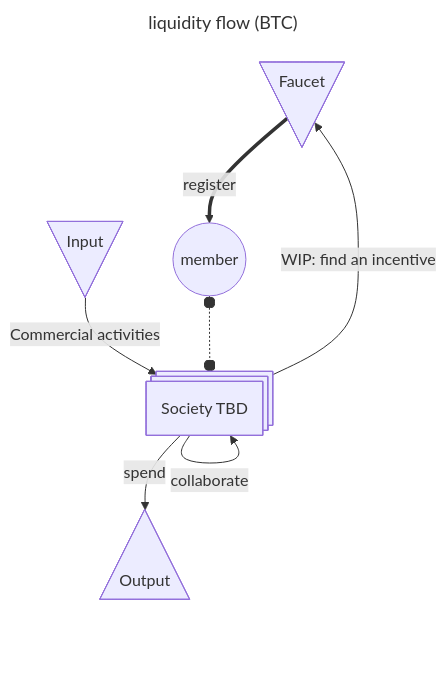
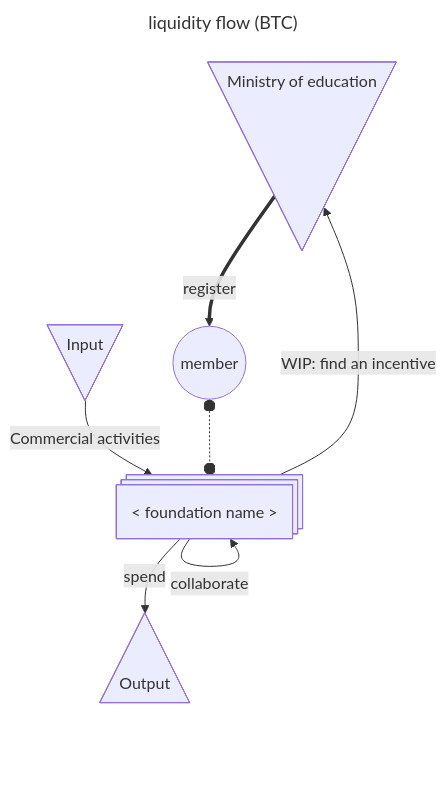
The diagram in README.md (cromatikap/coin-society), drawn with Mermaid before and after one commit. The commit also changed other lines of this file, not shown here.

````diff
--- a/README.md
+++ b/README.md
@@ -47,12 +52,12 @@
 ```mermaid
 ---
 title: liquidity flow (BTC)
 ---
 flowchart TD
-    Faucet@{ shape: flip-tri } ==register==> Member((member))
+    Faucet@{ shape: flip-tri, label: "Ministry of education" } ==register==> Member((member))
     Commercial@{ shape: flip-tri, label: Input } -- Commercial activities --> TBDsociety
-    Member o-.-o TBDsociety@{ shape: procs, label: "Society TBD"}
+    Member o-.-o TBDsociety@{ shape: procs, label: "< foundation name >"}
     TBDsociety -- WIP: find an incentive --> Faucet
     TBDsociety -- collaborate --> TBDsociety
     TBDsociety -- spend --> Output@{ shape: tri }
 ```
````
